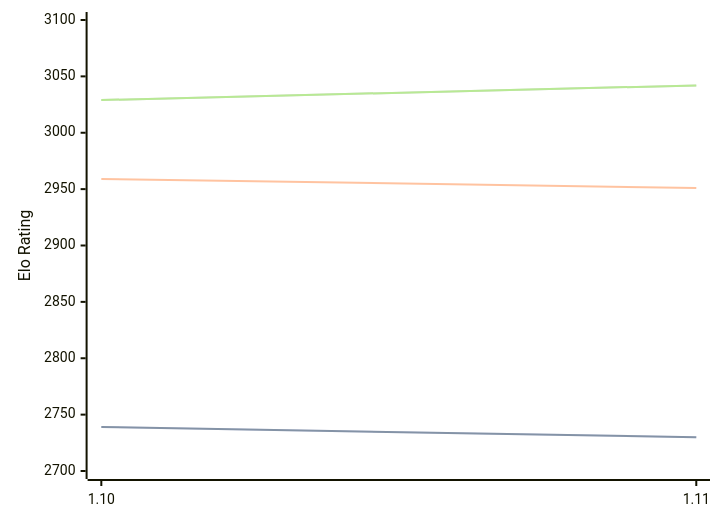
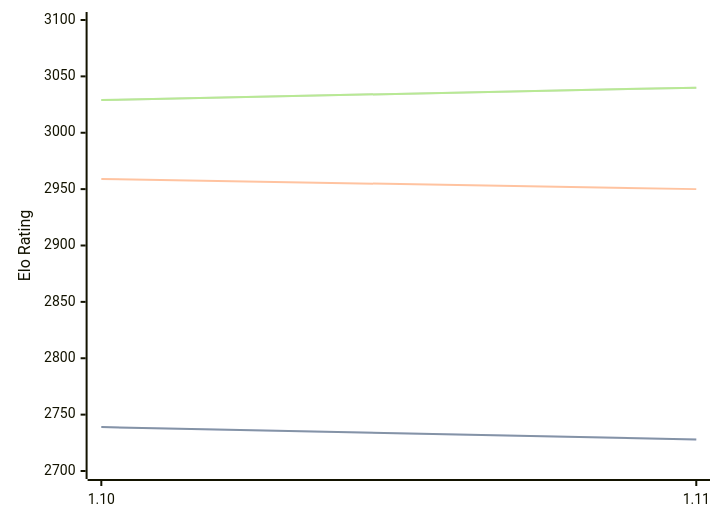
The diagram in engines/Roc.md (computer-chess-index/cci), drawn with Mermaid before and after one commit. The commit also changed other lines of this file, not shown here.

Commit message:
Update CCI Ratings (ELO VLTC) - 2026-09-11

````diff
--- a/engines/Roc.md
+++ b/engines/Roc.md
@@ -42,11 +42,11 @@
 ```mermaid
 %%{init: {"theme":"base","themeVariables":{"seriesColors:['#a3a3a3','#222221','#faa371']}}}%%
 xychart-beta
   x-axis ["1.10", "1.11"]
   y-axis "Elo Rating" 2700 --> 3100
-  line "" [2739, 2730]
-  line "STC (8.0+0.08s)" [2739, 2730]
-  line "LTC (60.0+0.60s)" [2959, 2951]
-  line "" [3029, 3042]
-  line "VLTC (2m24s+1.12s)" [3029, 3042]
+  line "" [2739, 2728]
+  line "STC (8.0+0.08s)" [2739, 2728]
+  line "LTC (60.0+0.60s)" [2959, 2950]
+  line "" [3029, 3040]
+  line "VLTC (2m24s+1.12s)" [3029, 3040]
 ```
````
